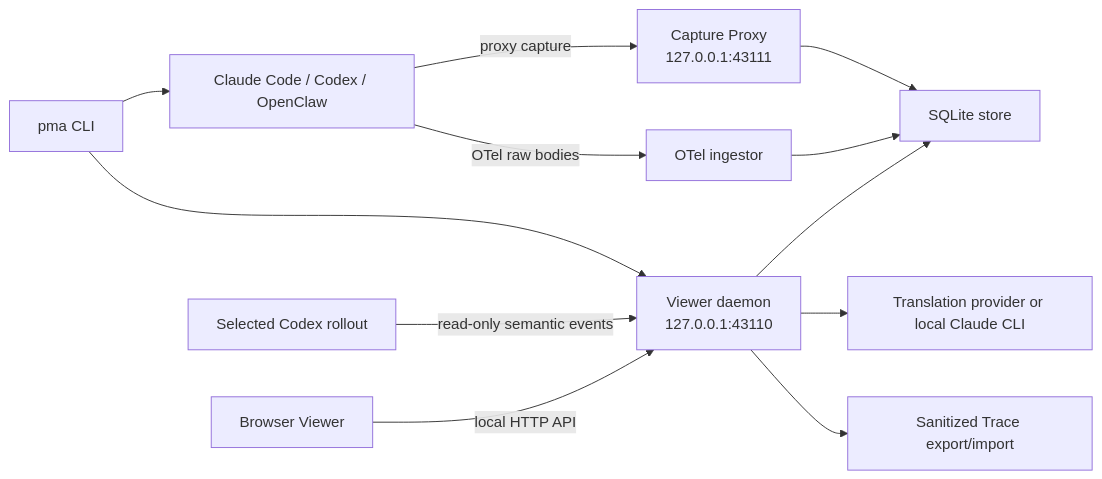
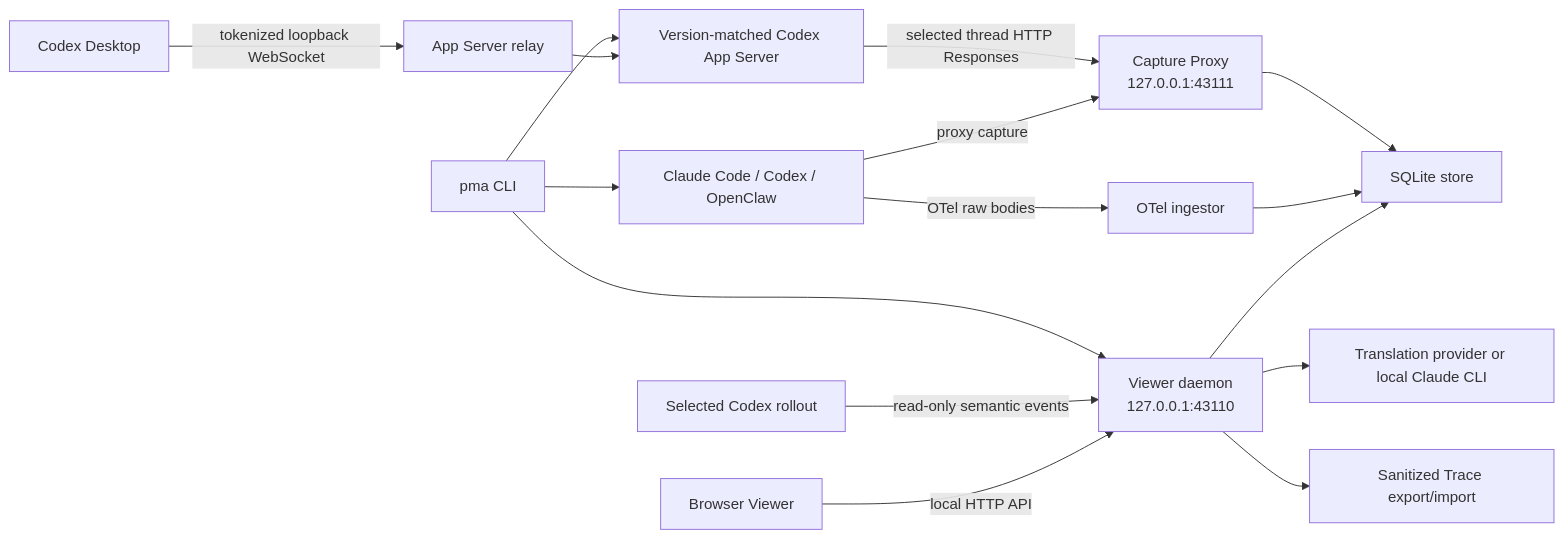
One commit to fengjikui/peekMyAgent changed the first of 2 diagrams in docs/architecture.md. Above: the diagram before and after it, drawn with Mermaid. The commit also changed other lines of this file and 36 other files, not shown here.

Commit message:
feat: add selected-thread Codex Desktop exact capture

````diff
--- a/docs/architecture.md
+++ b/docs/architecture.md
@@ -15,14 +15,18 @@
 ```mermaid
 flowchart LR
     CLI["pma CLI"] --> D["Viewer daemon<br/>127.0.0.1:43110"]
     CLI --> A["Claude Code / Codex / OpenClaw"]
+    CLI --> M["Version-matched Codex App Server"]
+    CD["Codex Desktop"] -->|"tokenized loopback WebSocket"| R["App Server relay"]
+    R --> M
+    M -->|"selected thread HTTP Responses"| P
     A -->|"proxy capture"| P["Capture Proxy<br/>127.0.0.1:43111"]
     A -->|"OTel raw bodies"| O["OTel ingestor"]
     P --> S["SQLite store"]
     O --> S
     C["Selected Codex rollout"] -->|"read-only semantic events"| D
     D --> S
     B["Browser Viewer"] -->|"local HTTP API"| D
     D --> T["Translation provider or local Claude CLI"]
     D --> X["Sanitized Trace export/import"]
 ```
````
